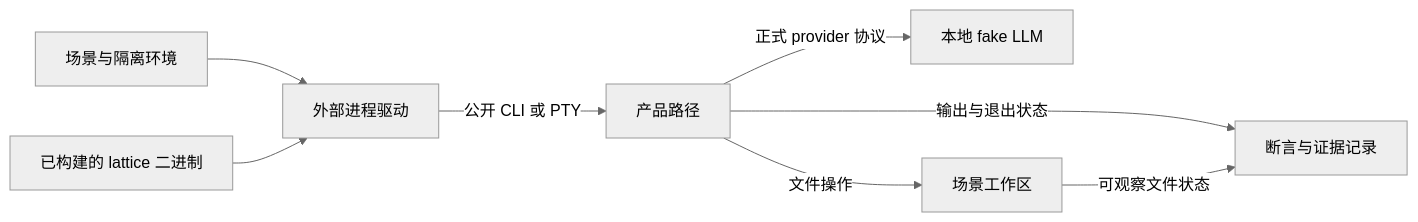
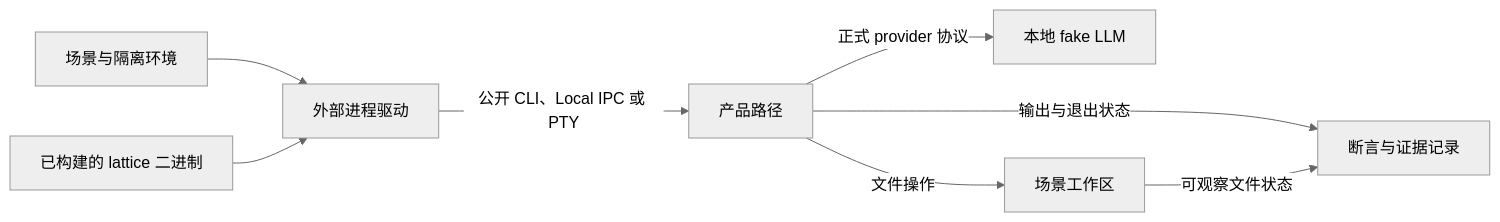
Before and after one commit to Skyline10124/lattice: the diagram in docs/development/testing.md, drawn with Mermaid (neutral theme). The commit also changed other lines of this file and 43 other files, not shown here.

````diff
--- a/docs/development/testing.md
+++ b/docs/development/testing.md
@@ -60,10 +35,10 @@
 ```mermaid
 flowchart LR
     S["场景与隔离环境"] --> D["外部进程驱动"]
     B["已构建的 lattice 二进制"] --> D
-    D -->|公开 CLI 或 PTY| P["产品路径"]
+    D -->|公开 CLI、Local IPC 或 PTY| P["产品路径"]
     P -->|正式 provider 协议| F["本地 fake LLM"]
     P -->|文件操作| W["场景工作区"]
     P -->|输出与退出状态| A["断言与证据记录"]
     W -->|可观察文件状态| A
 ```
````
